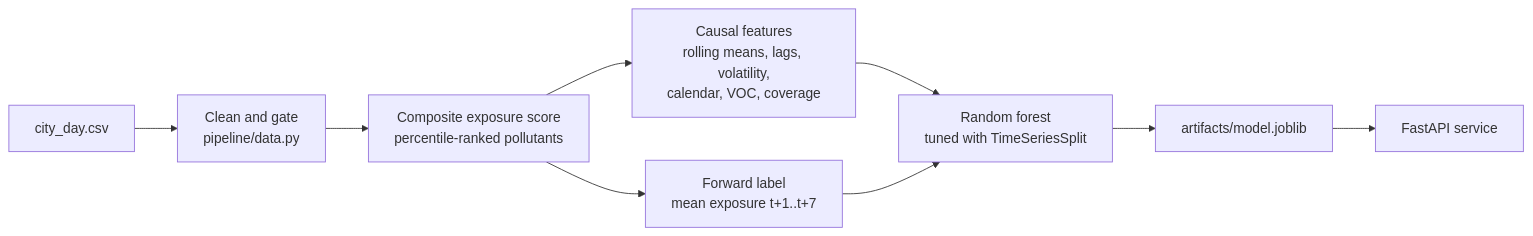
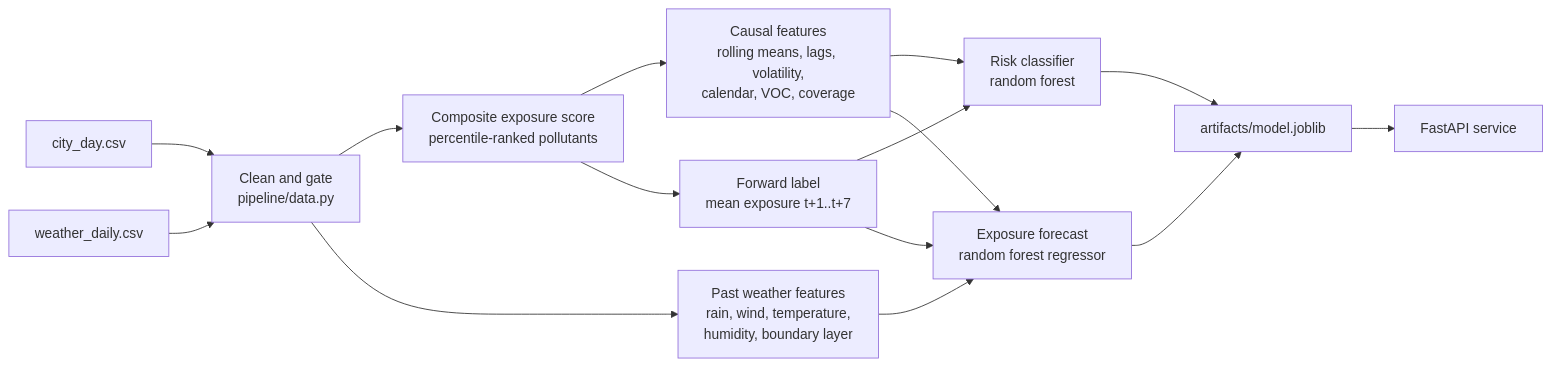
One commit to ayazzahmad/Air_quality_health_risk changed the diagram in README.md. Above: the diagram before and after it, drawn with Mermaid. The commit also changed other lines of this file and 1 other file, not shown here.

First line of the commit message:
Document weather and the exposure forecast in the notebook and README

````diff
--- a/README.md
+++ b/README.md
@@ -51,11 +60,17 @@
 ```mermaid
 flowchart LR
     A[city_day.csv] --> B[Clean and gate<br/>pipeline/data.py]
+    W[weather_daily.csv] --> B
     B --> C[Composite exposure score<br/>percentile-ranked pollutants]
     C --> D[Causal features<br/>rolling means, lags, volatility,<br/>calendar, VOC, coverage]
+    B --> WF[Past weather features<br/>rain, wind, temperature,<br/>humidity, boundary layer]
     C --> E[Forward label<br/>mean exposure t+1..t+7]
-    D --> F[Random forest<br/>tuned with TimeSeriesSplit]
+    D --> F[Risk classifier<br/>random forest]
     E --> F
+    D --> R[Exposure forecast<br/>random forest regressor]
+    WF --> R
+    E --> R
     F --> G[artifacts/model.joblib]
+    R --> G
     G --> H[FastAPI service]
 ```
````
